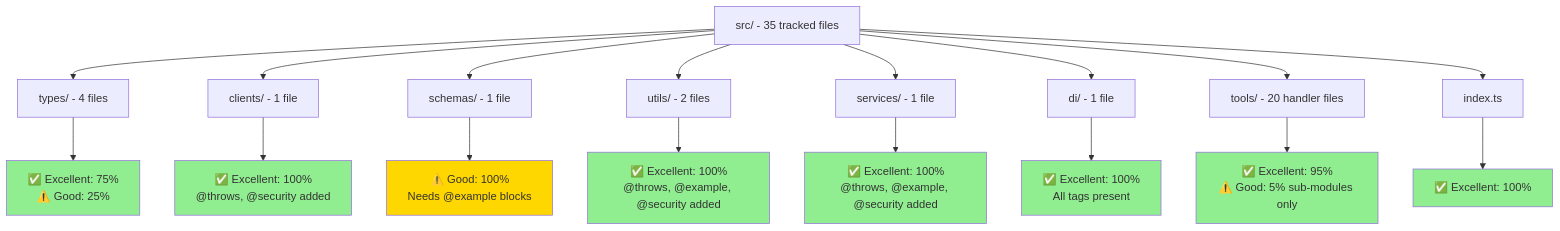
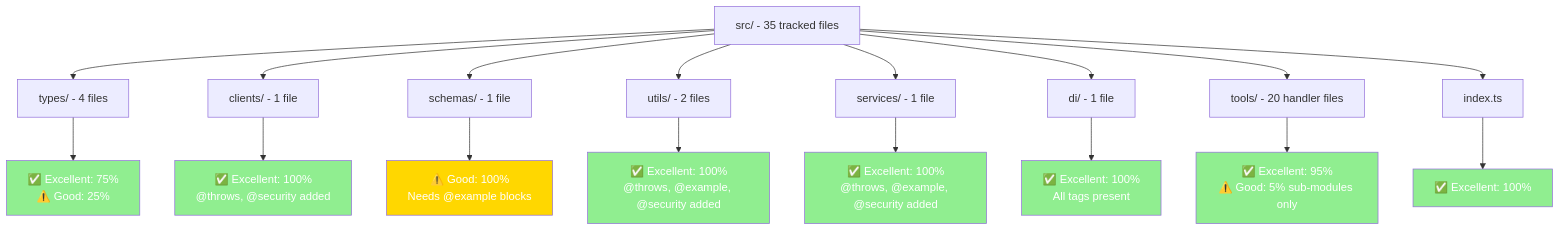
One commit to Hack23/European-Parliament-MCP-Server changed the first of 3 diagrams in docs/api-markdown/_media/JSDOC_COVERAGE_VISUALIZATION.md. Above: the diagram before and after it, drawn with Mermaid. The commit also changed other lines of this file and 28 other files, not shown here.

First line of the commit message:
fix: correct 5 broken mermaid diagrams and add explicit text colors for dark/light mode

````diff
--- a/docs/api-markdown/_media/JSDOC_COVERAGE_VISUALIZATION.md
+++ b/docs/api-markdown/_media/JSDOC_COVERAGE_VISUALIZATION.md
@@ -47,31 +47,39 @@
 ```mermaid
 graph TB
     Root[src/ - 35 tracked files]
 
     Root --> Types[types/ - 4 files]
     Root --> Clients[clients/ - 1 file]
     Root --> Schemas[schemas/ - 1 file]
     Root --> Utils[utils/ - 2 files]
     Root --> Services[services/ - 1 file]
     Root --> DI[di/ - 1 file]
     Root --> Tools[tools/ - 20 handler files]
     Root --> Index[index.ts]
 
     Types --> TypesStatus[✅ Excellent: 75%<br/>⚠️ Good: 25%]
     Clients --> ClientsStatus[✅ Excellent: 100%<br/>@throws, @security added]
     Schemas --> SchemasStatus[⚠️ Good: 100%<br/>Needs @example blocks]
     Utils --> UtilsStatus[✅ Excellent: 100%<br/>@throws, @example, @security added]
     Services --> ServicesStatus[✅ Excellent: 100%<br/>@throws, @example, @security added]
     DI --> DIStatus[✅ Excellent: 100%<br/>All tags present]
     Tools --> ToolsStatus[✅ Excellent: 95%<br/>⚠️ Good: 5% sub-modules only]
     Index --> IndexStatus[✅ Excellent: 100%]
 
-    style TypesStatus fill:#90EE90
-    style ClientsStatus fill:#90EE90
-    style SchemasStatus fill:#FFD700
-    style UtilsStatus fill:#90EE90
-    style ServicesStatus fill:#90EE90
-    style DIStatus fill:#90EE90
-    style ToolsStatus fill:#90EE90
-    style IndexStatus fill:#90EE90
+    style TypesStatus fill:#90EE90,color:#ffffff
+
+    style ClientsStatus fill:#90EE90,color:#ffffff
+
+    style SchemasStatus fill:#FFD700,color:#ffffff
+
+    style UtilsStatus fill:#90EE90,color:#ffffff
+
+    style ServicesStatus fill:#90EE90,color:#ffffff
+
+    style DIStatus fill:#90EE90,color:#ffffff
+
+    style ToolsStatus fill:#90EE90,color:#ffffff
+
+    style IndexStatus fill:#90EE90,color:#ffffff
+
 ```
````
